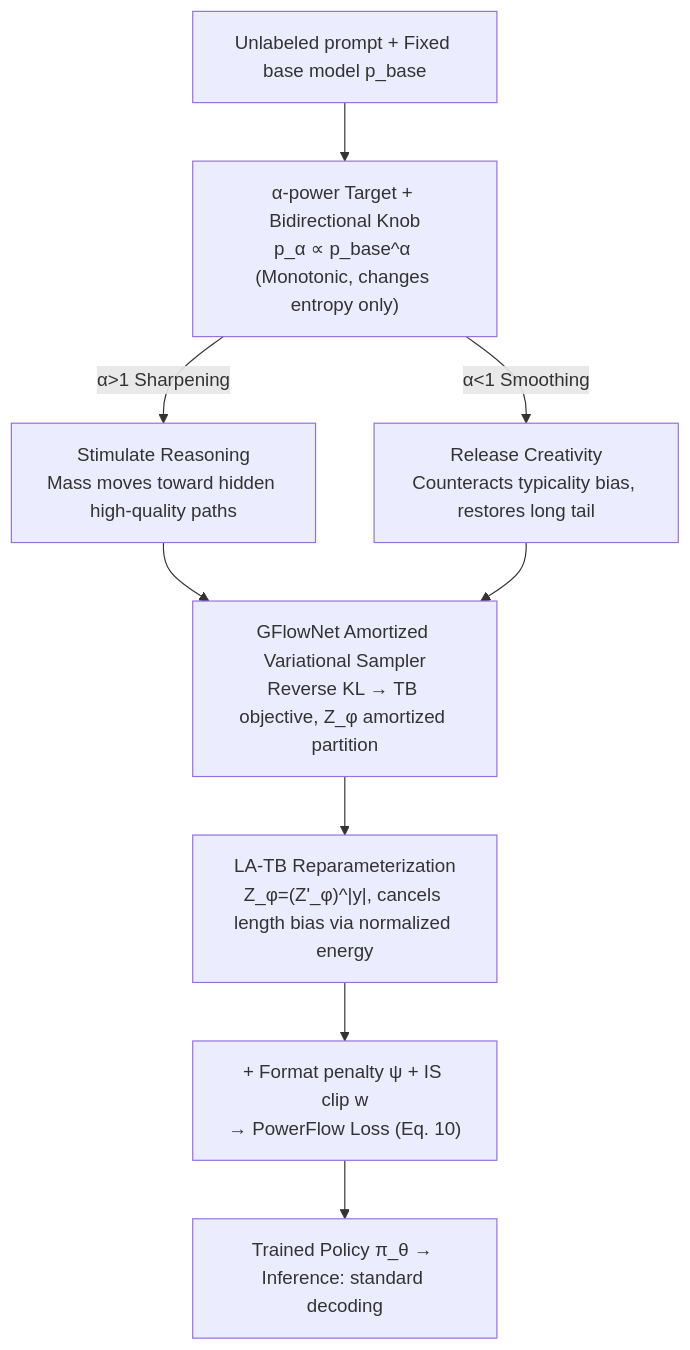
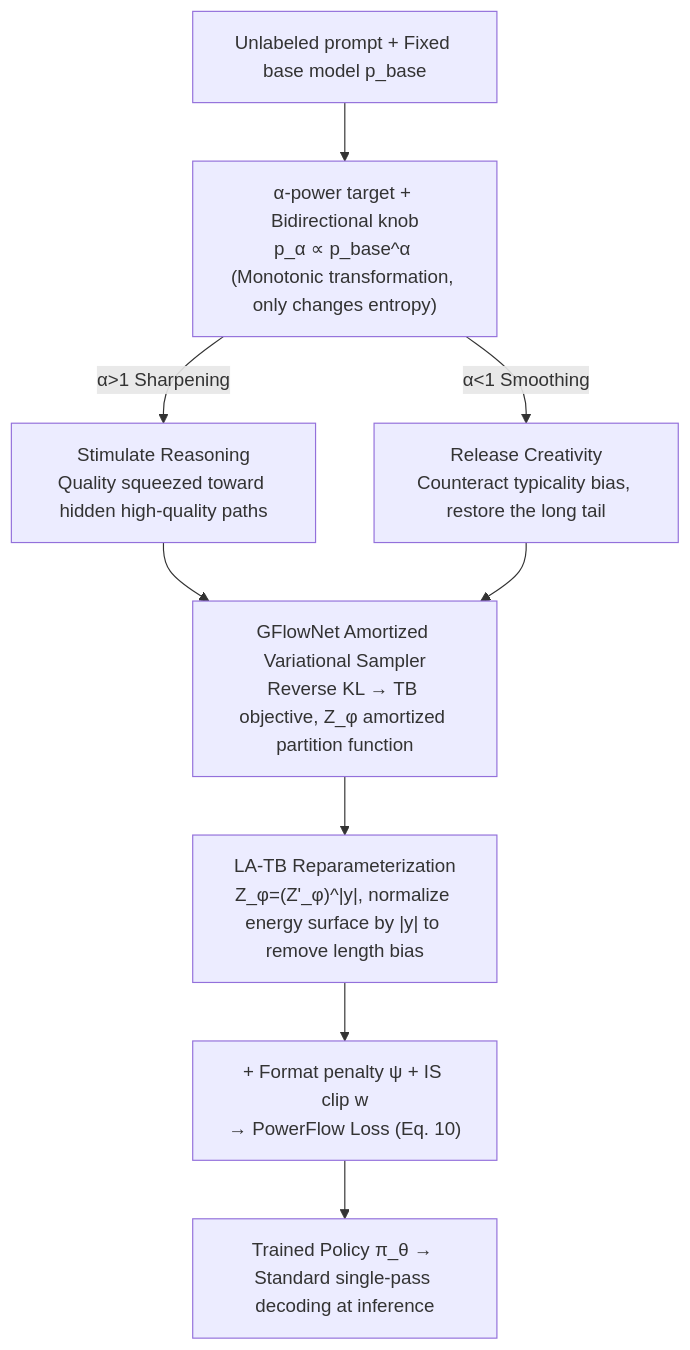
One commit to zhaoyang97/Paper-Notes-en changed the diagram in docs/ICML2026/llm_reasoning/powerflow_unlocking_the_dual_nature_of_llms_via_principled_distribution_matching.md. Above: the diagram before and after it, drawn with Mermaid. The commit also changed other lines of this file and 5084 other files, not shown here.

````diff
--- a/docs/ICML2026/llm_reasoning/powerflow_unlocking_the_dual_nature_of_llms_via_principled_distribution_matching.md
+++ b/docs/ICML2026/llm_reasoning/powerflow_unlocking_the_dual_nature_of_llms_via_principled_distribution_matching.md
@@ -43,11 +43,11 @@
 ```mermaid
 graph TD
-    A["Unlabeled prompt + Fixed base model p_base"] --> B["α-power Target + Bidirectional Knob<br/>p_α ∝ p_base^α (Monotonic, changes entropy only)"]
-    B -->|"α>1 Sharpening"| C1["Stimulate Reasoning<br/>Mass moves toward hidden high-quality paths"]
-    B -->|"α<1 Smoothing"| C2["Release Creativity<br/>Counteracts typicality bias, restores long tail"]
-    C1 --> D["GFlowNet Amortized Variational Sampler<br/>Reverse KL → TB objective, Z_φ amortized partition"]
+    A["Unlabeled prompt + Fixed base model p_base"] --> B["α-power target + Bidirectional knob<br/>p_α ∝ p_base^α (Monotonic transformation, only changes entropy)"]
+    B -->|"α>1 Sharpening"| C1["Stimulate Reasoning<br/>Quality squeezed toward hidden high-quality paths"]
+    B -->|"α<1 Smoothing"| C2["Release Creativity<br/>Counteract typicality bias, restore the long tail"]
+    C1 --> D["GFlowNet Amortized Variational Sampler<br/>Reverse KL → TB objective, Z_φ amortized partition function"]
     C2 --> D
-    D --> E["LA-TB Reparameterization<br/>Z_φ=(Z'_φ)^|y|, cancels length bias via normalized energy"]
+    D --> E["LA-TB Reparameterization<br/>Z_φ=(Z'_φ)^|y|, normalize energy surface by |y| to remove length bias"]
     E --> F["+ Format penalty ψ + IS clip w<br/>→ PowerFlow Loss (Eq. 10)"]
-    F --> G["Trained Policy π_θ → Inference: standard decoding"]
+    F --> G["Trained Policy π_θ → Standard single-pass decoding at inference"]
 ```
````
